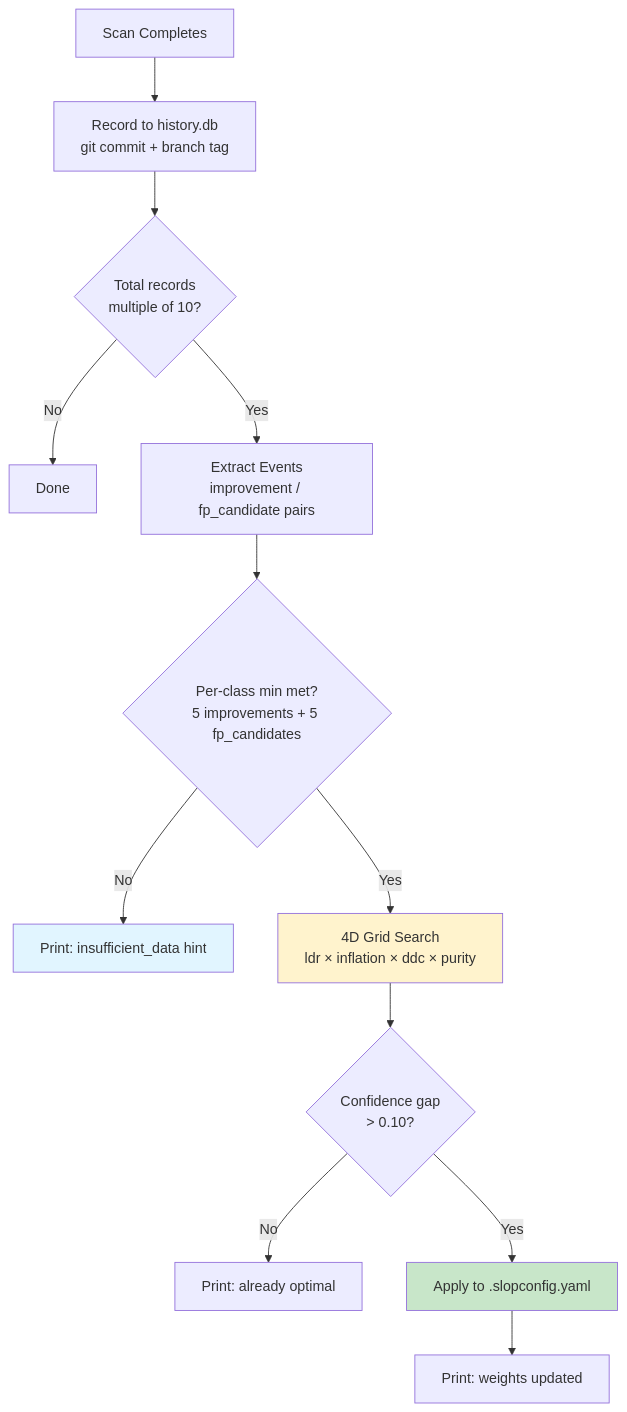
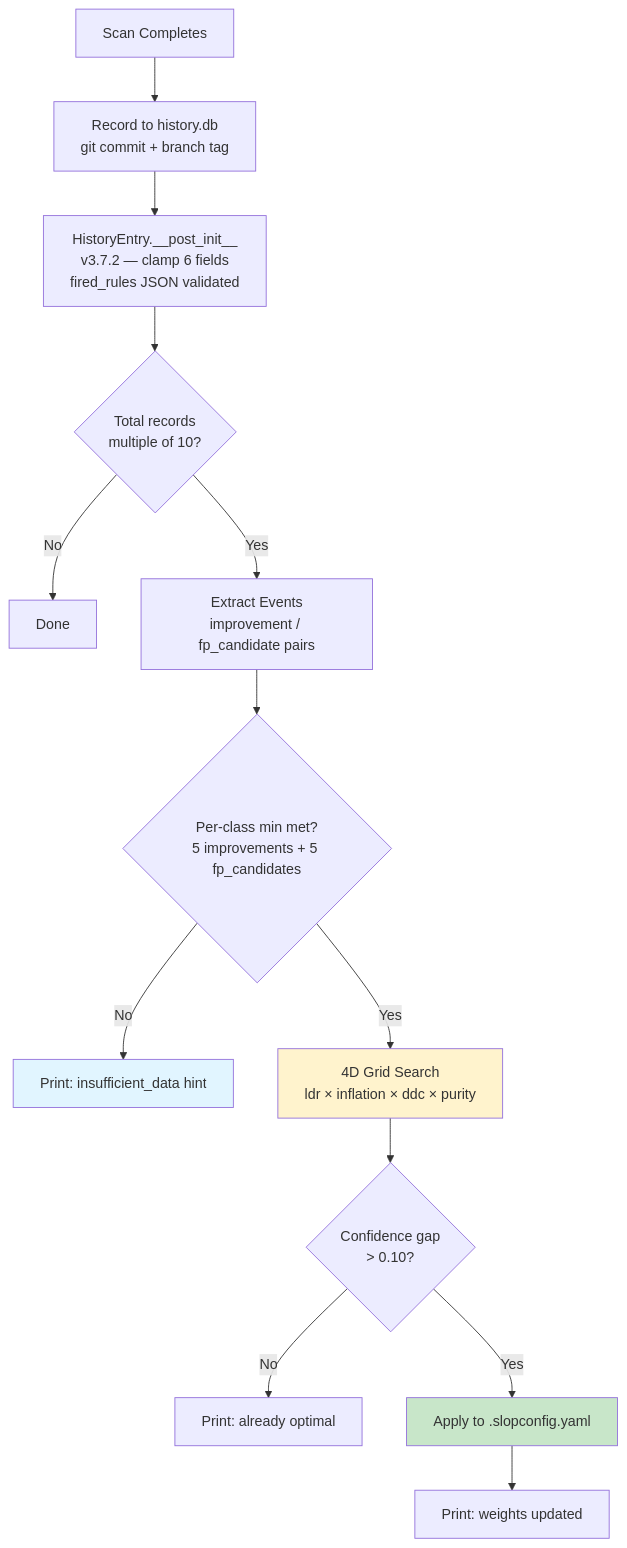
Before and after one commit to flamehaven01/AI-SLOP-Detector: the ninth of 14 diagrams in docs/HOW_IT_WORKS.md, drawn with Mermaid. The commit also changed other lines of this file and 7 other files, not shown here.

````diff
--- a/docs/HOW_IT_WORKS.md
+++ b/docs/HOW_IT_WORKS.md
@@ -381,18 +383,19 @@
 ```mermaid
 flowchart TD
     A[Scan Completes] --> B[Record to history.db<br/>git commit + branch tag]
-    B --> C{Total records<br/>multiple of 10?}
+    B --> GUARD[HistoryEntry.__post_init__<br/>v3.7.2 — clamp 6 fields<br/>fired_rules JSON validated]
+    GUARD --> C{Total records<br/>multiple of 10?}
     C -->|No| END[Done]
     C -->|Yes| D[Extract Events<br/>improvement / fp_candidate pairs]
     D --> E{Per-class min met?<br/>5 improvements + 5 fp_candidates}
     E -->|No| F[Print: insufficient_data hint]
     E -->|Yes| G[4D Grid Search<br/>ldr × inflation × ddc × purity]
     G --> H{Confidence gap<br/>> 0.10?}
     H -->|No| I[Print: already optimal]
     H -->|Yes| J[Apply to .slopconfig.yaml]
     J --> K[Print: weights updated]
 
     style J fill:#c8e6c9
     style G fill:#fff3cd
     style F fill:#e1f5ff
 ```
````
